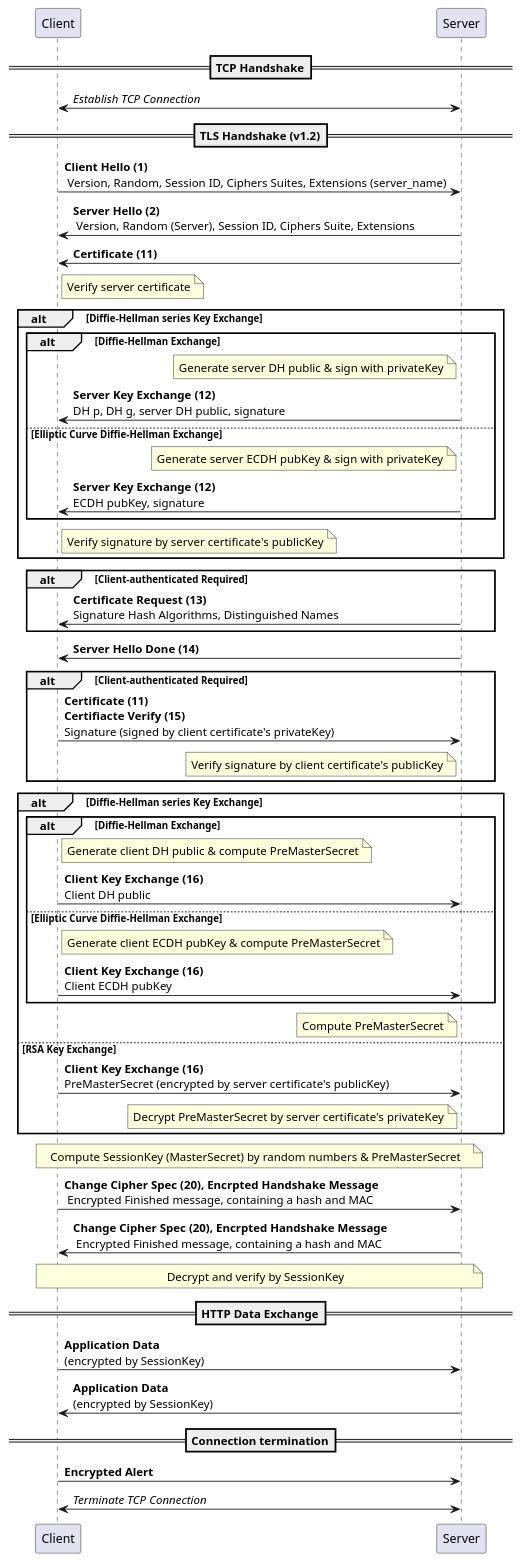
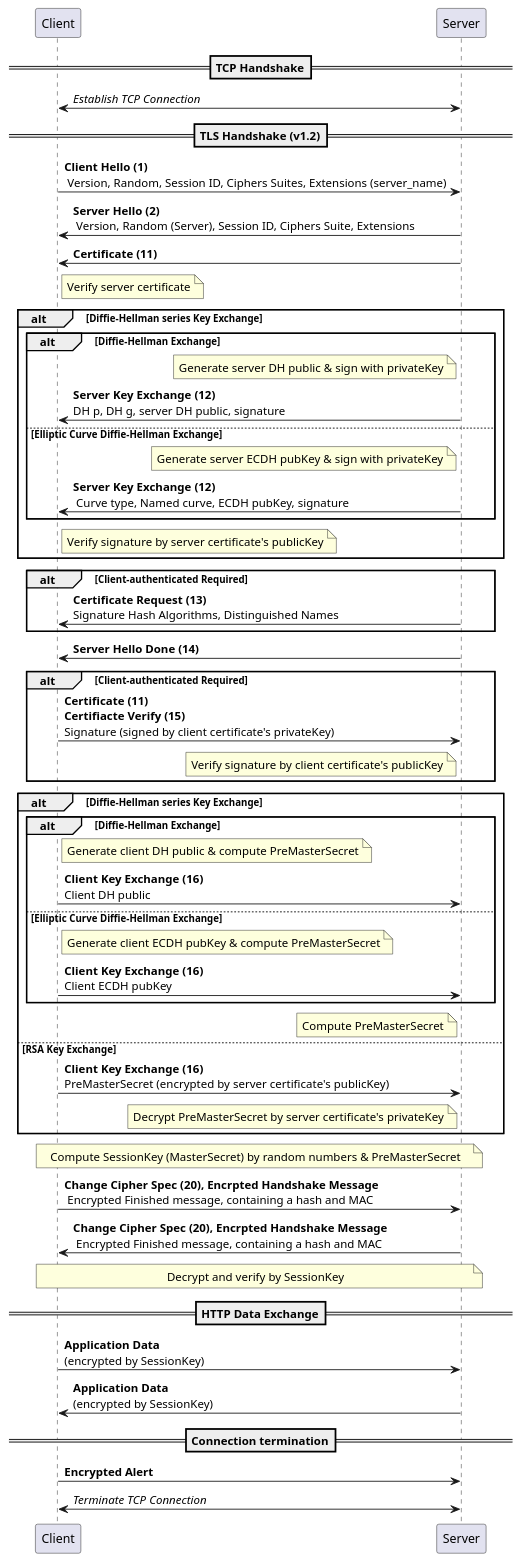
Before and after one commit to yidas/web-service-protocols: the diagram in http/https-flow.plantuml, drawn with PlantUML.

```diff
--- a/http/https-flow.plantuml
+++ b/http/https-flow.plantuml
@@ -1,52 +1,52 @@
 @startuml
 participant "Client" as c
 participant "Server" as s
 ==TCP Handshake==
 c<->s: //Establish TCP Connection//
 ==TLS Handshake (v1.2)==
 c->s: **Client Hello (1)**\n Version, Random, Session ID, Ciphers Suites, Extensions (server_name)
 s->c: **Server Hello (2)**\n Version, Random (Server), Session ID, Ciphers Suite, Extensions
 s->c: **Certificate (11)**
 note right c: Verify server certificate
 alt Diffie-Hellman series Key Exchange
   alt Diffie-Hellman Exchange
     note left s: Generate server DH public & sign with privateKey
     s->c: **Server Key Exchange (12)** \nDH p, DH g, server DH public, signature
   else Elliptic Curve Diffie-Hellman Exchange
     note left s: Generate server ECDH pubKey & sign with privateKey
-    s->c: **Server Key Exchange (12)** \nECDH pubKey, signature
+    s->c: **Server Key Exchange (12)** \n Curve type, Named curve, ECDH pubKey, signature
   end
   note right c: Verify signature by server certificate's publicKey
 end
 alt Client-authenticated Required
   s->c: **Certificate Request (13)** \nSignature Hash Algorithms, Distinguished Names
 end
 s->c: **Server Hello Done (14)**
 alt Client-authenticated Required
   c->s: **Certificate (11)** \n**Certifiacte Verify (15)**\nSignature (signed by client certificate's privateKey)
   note left s: Verify signature by client certificate's publicKey
 end
 alt Diffie-Hellman series Key Exchange
   alt Diffie-Hellman Exchange
     note right c: Generate client DH public & compute PreMasterSecret
     c->s: **Client Key Exchange (16)** \nClient DH public
   else Elliptic Curve Diffie-Hellman Exchange
     note right c: Generate client ECDH pubKey & compute PreMasterSecret
     c->s: **Client Key Exchange (16)** \nClient ECDH pubKey
   end
   note left s: Compute PreMasterSecret
 else RSA Key Exchange
   c->s: **Client Key Exchange (16)** \nPreMasterSecret (encrypted by server certificate's publicKey)
   note left s: Decrypt PreMasterSecret by server certificate's privateKey
 end
 note over c, s: Compute SessionKey (MasterSecret) by random numbers & PreMasterSecret
 c->s: **Change Cipher Spec (20), Encrpted Handshake Message**\n Encrypted Finished message, containing a hash and MAC
 s->c: **Change Cipher Spec (20), Encrpted Handshake Message**\n Encrypted Finished message, containing a hash and MAC
 note over c, s: Decrypt and verify by SessionKey
 ==HTTP Data Exchange==
 c->s: **Application Data** \n(encrypted by SessionKey)
 s->c: **Application Data** \n(encrypted by SessionKey)
 ==Connection termination==
 c->s: **Encrypted Alert**
 c<->s: //Terminate TCP Connection//
 @enduml
```
